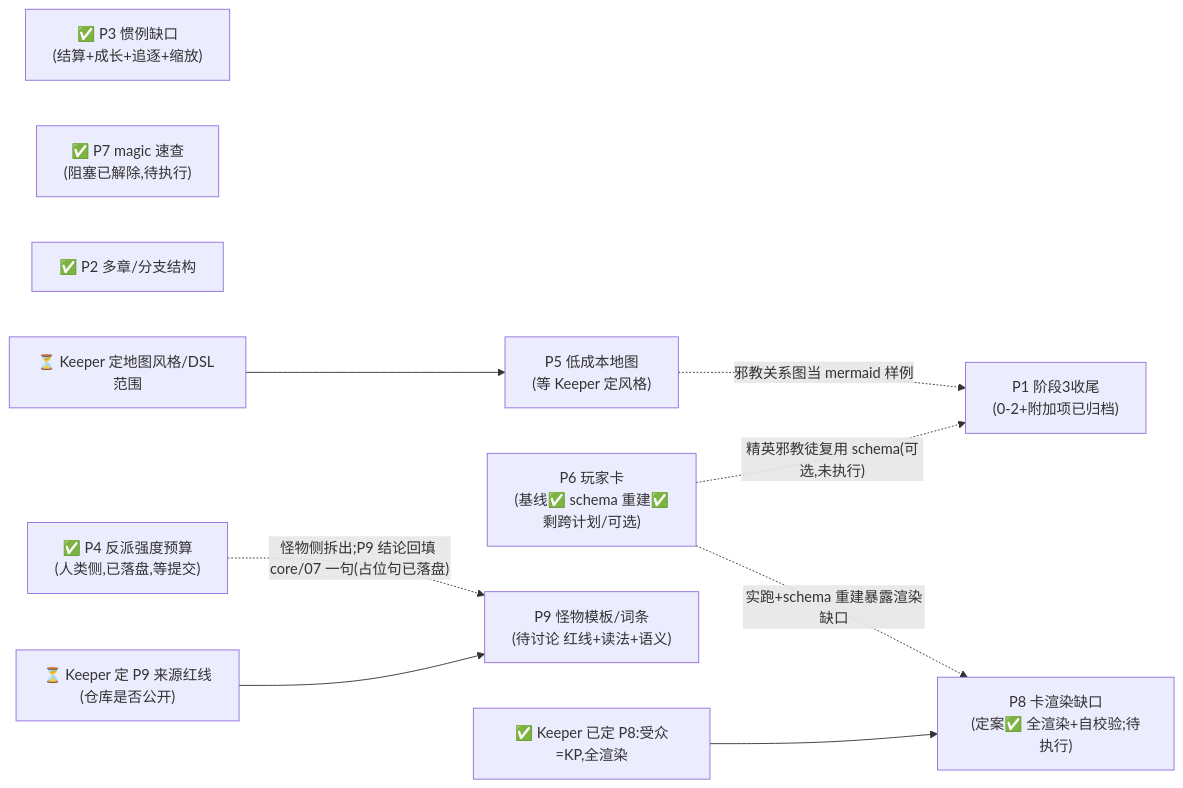
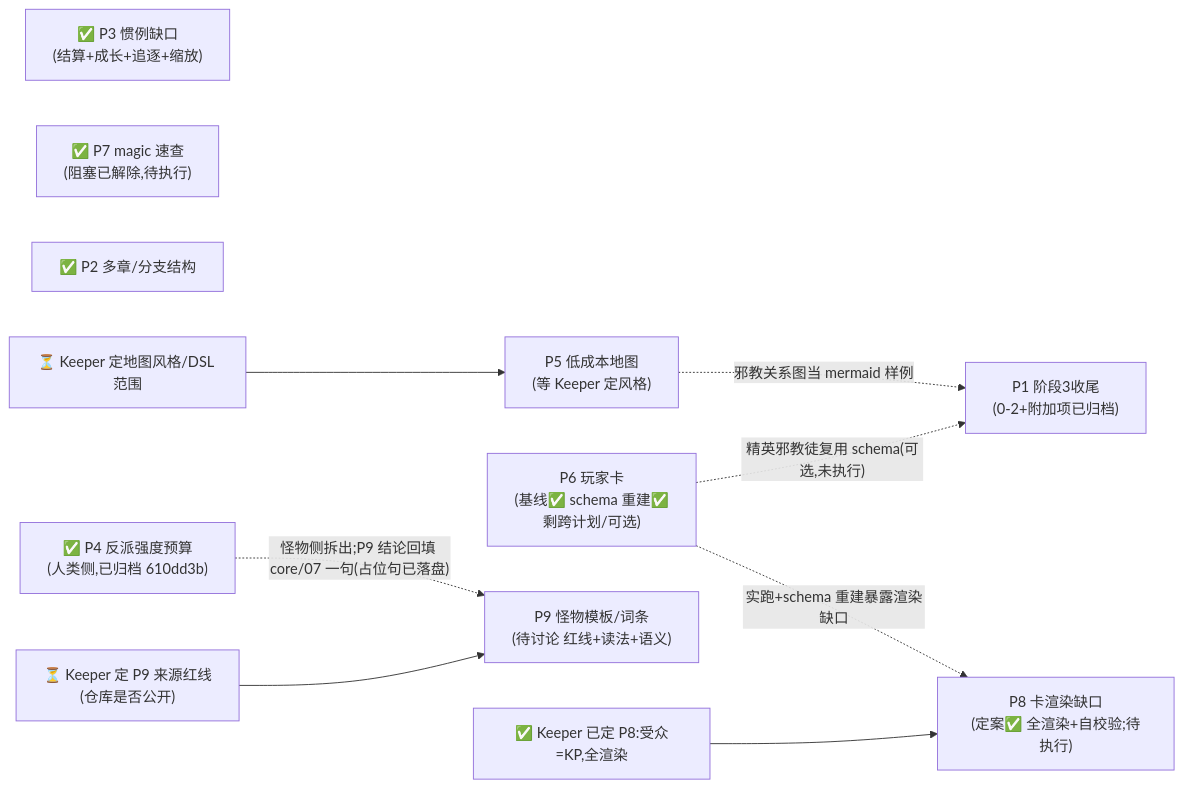
Before and after one commit to Mzihong/coc-keeper-kit: the diagram in update_plan/README.md, drawn with Mermaid. The commit also changed other lines of this file and 4 other files, not shown here.

````diff
--- a/update_plan/README.md
+++ b/update_plan/README.md
@@ -29,25 +29,25 @@
 ```mermaid
 graph LR
     P3["✅ P3 惯例缺口<br/>(结算+成长+追逐+缩放)"]
     P7["✅ P7 magic 速查<br/>(阻塞已解除,待执行)"]
     P5["P5 低成本地图<br/>(等 Keeper 定风格)"]
     P6["P6 玩家卡<br/>(基线✅ schema 重建✅<br/>剩跨计划/可选)"]
     P1a["P1 阶段3收尾<br/>(0-2+附加项已归档)"]
     P2["✅ P2 多章/分支结构"]
-    P4["✅ P4 反派强度预算<br/>(人类侧,已落盘,等提交)"]
+    P4["✅ P4 反派强度预算<br/>(人类侧,已归档 610dd3b)"]
     P8["P8 卡渲染缺口<br/>(定案✅ 全渲染+自校验;待执行)"]
     P9["P9 怪物模板/词条<br/>(待讨论 红线+读法+语义)"]
     KeeperMap["⏳ Keeper 定地图风格/DSL 范围"]
     KeeperView["✅ Keeper 已定 P8:受众=KP,全渲染"]
     KeeperRed["⏳ Keeper 定 P9 来源红线<br/>(仓库是否公开)"]
 
     KeeperMap --> P5
     KeeperView --> P8
     KeeperRed --> P9
     P4 -.怪物侧拆出;P9 结论回填 core/07 一句(占位句已落盘).-> P9
     P6 -.实跑+schema 重建暴露渲染缺口.-> P8
     P6 -.精英邪教徒复用 schema(可选,未执行).-> P1a
     P5 -.邪教关系图当 mermaid 样例.-> P1a
     P2
     P3
 ```
````
